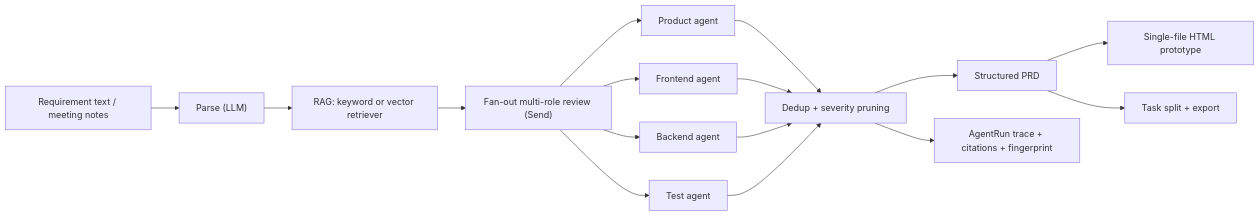
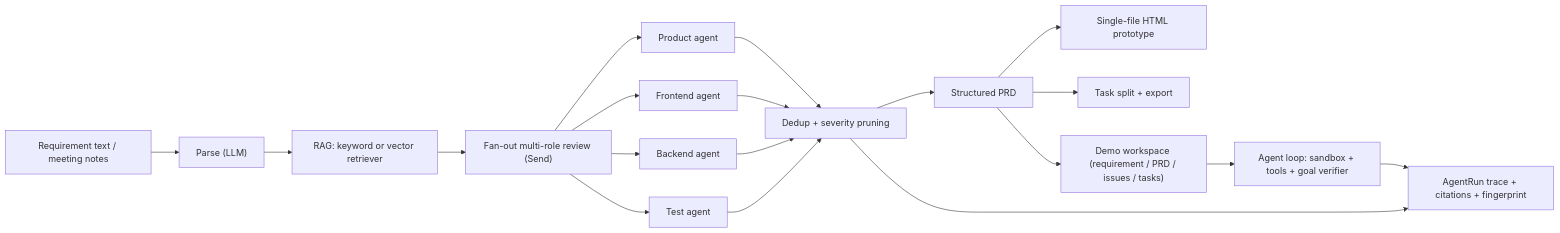
The first of 2 diagrams in README.md (Sh1njuuovo/reqpilot), drawn with Mermaid before and after one commit. The commit also changed other lines of this file and 31 other files, not shown here.

````diff
--- a/README.md
+++ b/README.md
@@ -24,18 +27,22 @@
 ```mermaid
 flowchart LR
     IN["Requirement text / meeting notes"] --> P["Parse (LLM)"]
     P --> R["RAG: keyword or vector retriever"]
     R --> F["Fan-out multi-role review (Send)"]
     F --> PR["Product agent"]
     F --> FR["Frontend agent"]
     F --> BA["Backend agent"]
     F --> TE["Test agent"]
     PR --> M["Dedup + severity pruning"]
     FR --> M
     BA --> M
     TE --> M
     M --> PRD["Structured PRD"]
     PRD --> PROTO["Single-file HTML prototype"]
     PRD --> TASKS["Task split + export"]
     M --> RUN["AgentRun trace + citations + fingerprint"]
+
+    PRD --> WS["Demo workspace (requirement / PRD / issues / tasks)"]
+    WS --> AG["Agent loop: sandbox + tools + goal verifier"]
+    AG --> RUN
 ```
````
